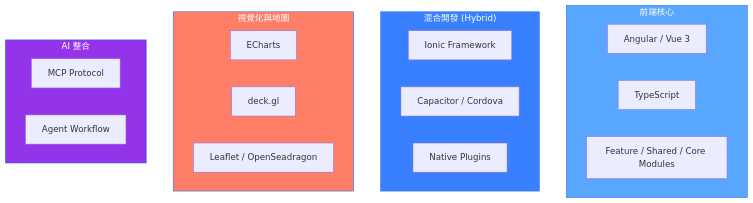
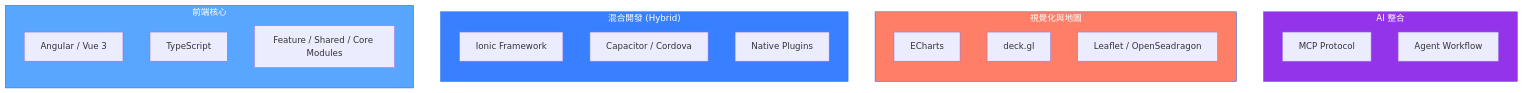
One commit to Yang-tzu-yi/Yang-tzu-yi changed the diagram in README.md. Above: the diagram before and after it, drawn with Mermaid.

````diff
--- a/README.md
+++ b/README.md
@@ -58,32 +58,32 @@
 ```mermaid
-graph TB
+graph LR
     subgraph Frontend["前端核心"]
         A1[Angular / Vue 3]
         A2[TypeScript]
         A3[Feature / Shared / Core Modules]
     end
 
     subgraph Mobile["混合開發 (Hybrid)"]
         M1[Ionic Framework]
         M2[Capacitor / Cordova]
         M3[Native Plugins]
     end
     
     subgraph Visualization["視覺化與地圖"]
         B1[ECharts]
         B2[deck.gl]
         B3[Leaflet / OpenSeadragon]
     end
     
     subgraph AI["AI 整合"]
         C1[MCP Protocol]
         C2[Agent Workflow]
     end
-    
 
+    Frontend ~~~ Mobile ~~~ Visualization ~~~ AI
     
     style Frontend fill:#58A6FF,stroke:#1F6FEB,color:#fff
     style Mobile fill:#3880FF,stroke:#1F6FEB,color:#fff
     style Visualization fill:#FF7E67,stroke:#1F6FEB,color:#fff
     style AI fill:#9333EA,stroke:#1F6FEB,color:#fff
 ```
````
